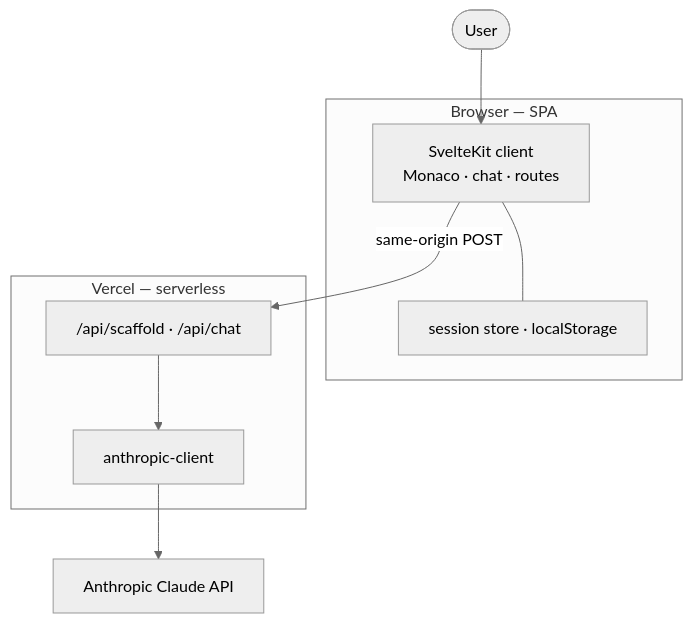
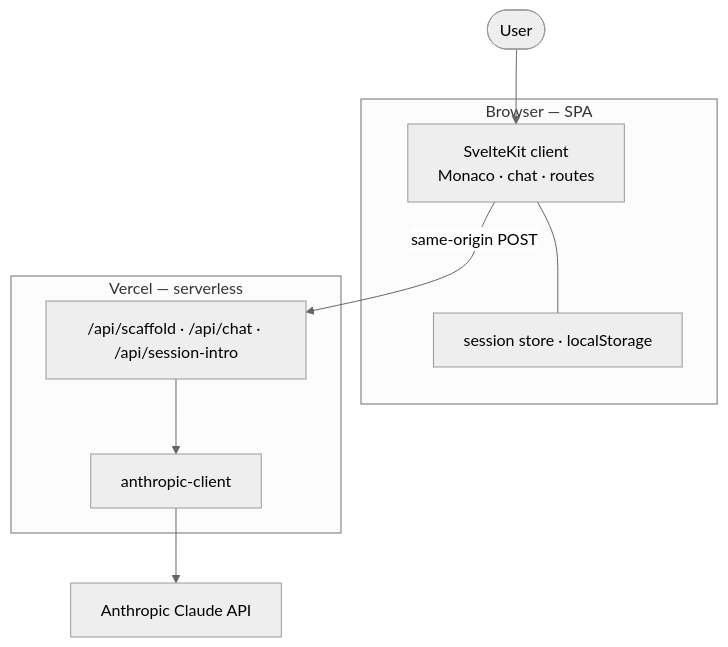
The second of 5 diagrams in docs/architecture.md (alke0001/scaffy), drawn with Mermaid (neutral theme) before and after one commit. The commit also changed other lines of this file and 1 other file, not shown here.

First line of the commit message:
docs: Update architecture and decisions documentation to include session intro feature

````diff
--- a/docs/architecture.md
+++ b/docs/architecture.md
@@ -48,22 +52,22 @@
 ```mermaid
 flowchart TB
   User([User])
 
   subgraph Browser["Browser — SPA"]
     UI["SvelteKit client<br/>Monaco · chat · routes"]
     LS["session store · localStorage"]
   end
 
   subgraph Vercel["Vercel — serverless"]
-    API["/api/scaffold · /api/chat"]
+    API["/api/scaffold · /api/chat · /api/session-intro"]
     AC["anthropic-client"]
   end
 
   Claude["Anthropic Claude API"]
 
   User --> UI
   UI --- LS
   UI -->|"same-origin POST"| API
   API --> AC
   AC --> Claude
 ```
````
